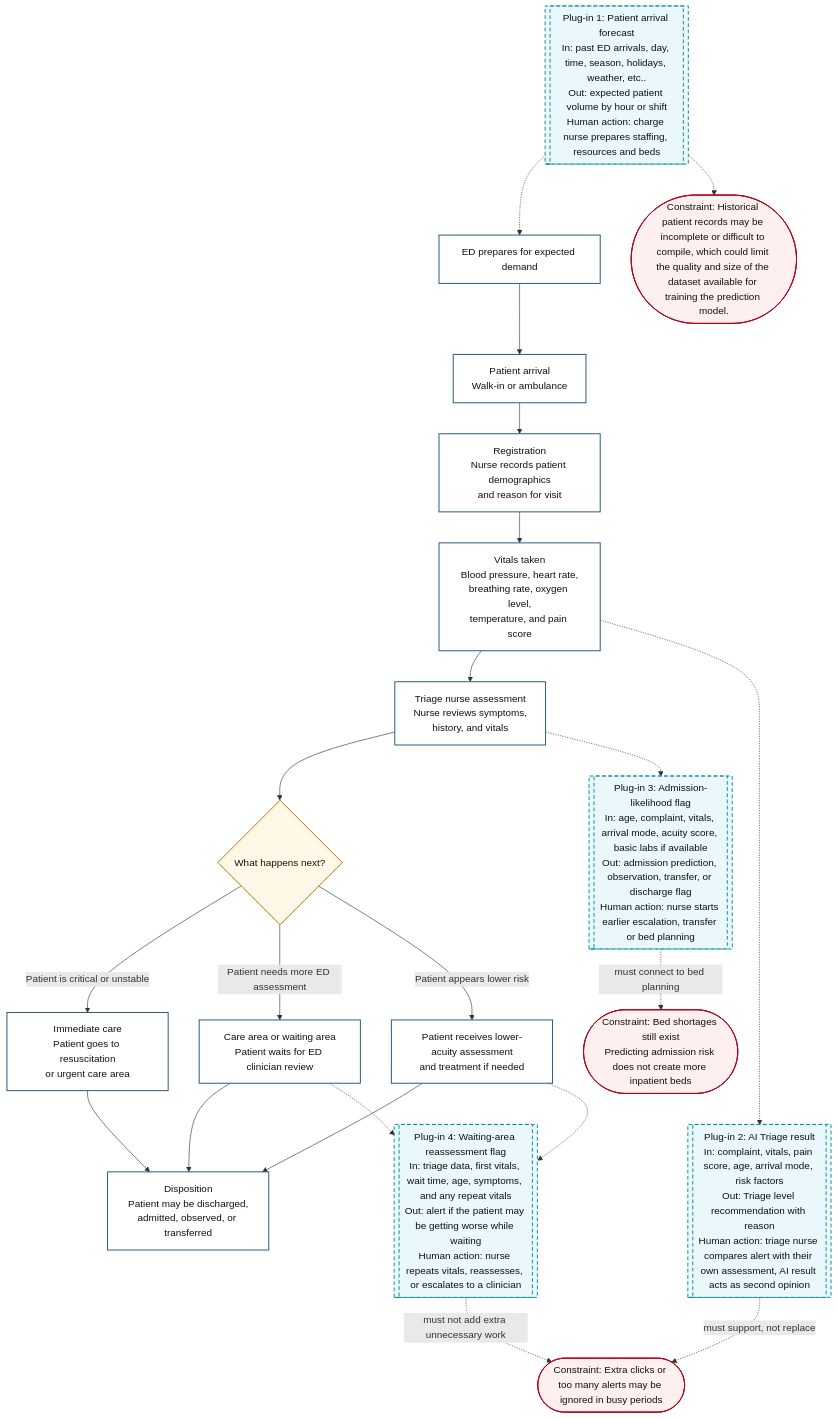
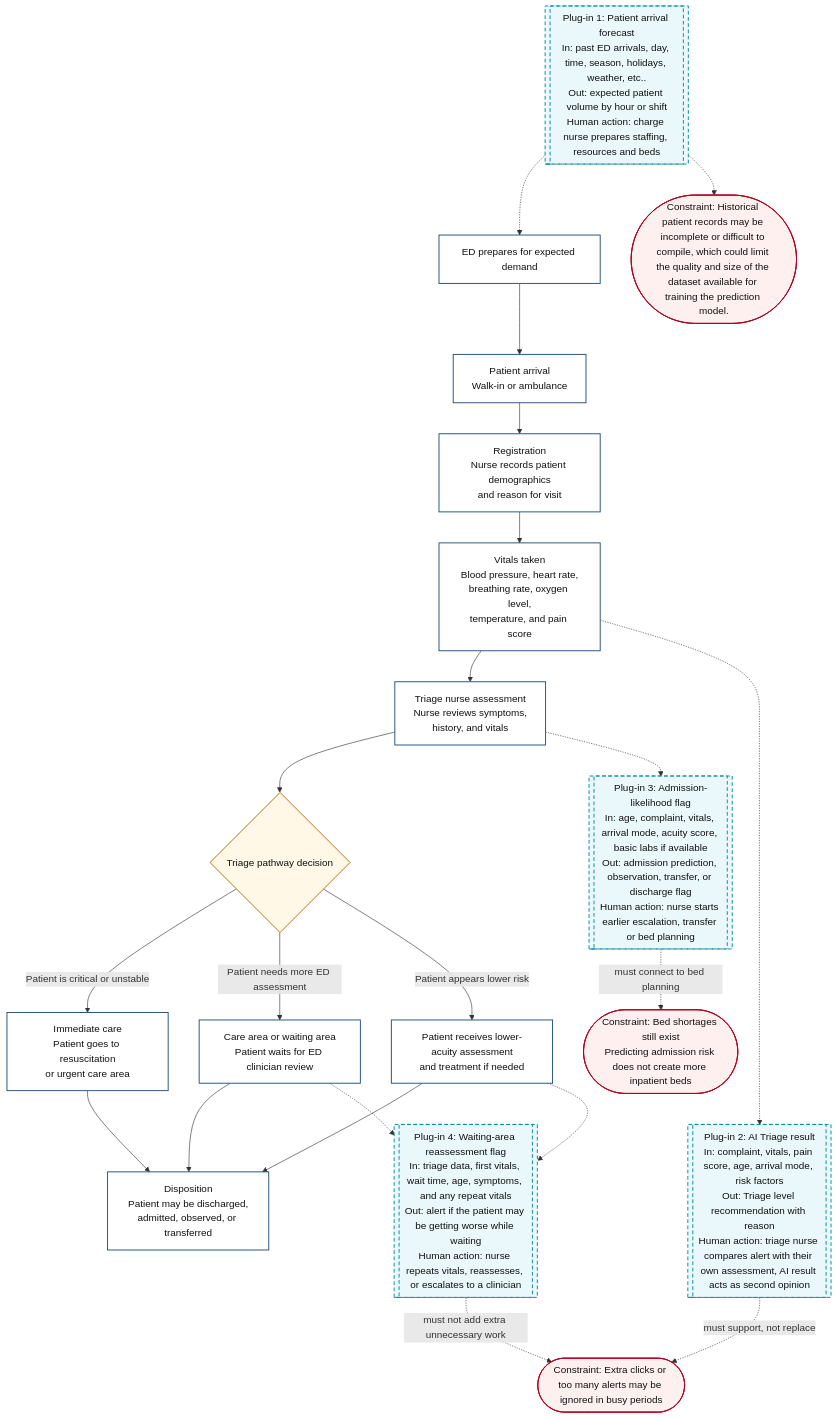
One commit to tinadams/carisurg-portfolio changed the diagram in docs/week_3_workflow_diagram.md. Above: the diagram before and after it, drawn with Mermaid.

Commit message:
Update triage pathway decision wording in diagram

````diff
--- a/docs/week_3_workflow_diagram.md
+++ b/docs/week_3_workflow_diagram.md
@@ -1,61 +1,61 @@
 ```mermaid
 flowchart TD
 
 A[Patient arrival<br/>Walk-in or ambulance] --> B[Registration<br/>Nurse records patient demographics<br/>and reason for visit]
 
 B --> C[Vitals taken<br/>Blood pressure, heart rate,<br/>breathing rate, oxygen level,<br/>temperature, and pain score]
 
 C --> D[Triage nurse assessment<br/>Nurse reviews symptoms,<br/>history, and vitals]
 
-D --> E{What happens next?}
+D --> E{Triage pathway decision}
 
 E -->|Patient is critical or unstable| F[Immediate care<br/>Patient goes to resuscitation<br/>or urgent care area]
 
 E -->|Patient needs more ED assessment| G[Care area or waiting area<br/>Patient waits for ED clinician review]
 
 E -->|Patient appears lower risk| H[Patient receives lower-acuity assessment<br/>and treatment if needed]
 
 H --> I[Disposition<br/>Patient may be discharged,<br/>admitted, observed, or transferred]
 
 F --> I[Disposition<br/>Patient may be discharged,<br/>admitted, observed, or transferred]
 
 G --> I[Disposition<br/>Patient may be discharged,<br/>admitted, observed, or transferred]
 
 AI1[[Plug-in 1: Patient arrival forecast<br/>In: past ED arrivals, day, time, season, holidays, weather, etc..<br/>Out: expected patient volume by hour or shift<br/>Human action: charge nurse prepares staffing, resources and beds]]
 
 AI2[[Plug-in 2: AI Triage result<br/>In: complaint, vitals, pain score, age, arrival mode, risk factors<br/>Out: Triage level recommendation with reason<br/>Human action: triage nurse compares alert with their own assessment, AI result acts as second opinion]]
 
 AI3[[Plug-in 3: Admission-likelihood flag<br/>In: age, complaint, vitals, arrival mode, acuity score, basic labs if available<br/>Out: admission prediction, observation, transfer, or discharge flag<br/>Human action: nurse starts earlier escalation, transfer or bed planning]]
 
 AI4[[Plug-in 4: Waiting-area reassessment flag<br/>In: triage data, first vitals, wait time, age, symptoms, and any repeat vitals<br/>Out: alert if the patient may be getting worse while waiting<br/>Human action: nurse repeats vitals, reassesses, or escalates to a clinician]]
 
 PRE[ED prepares for expected demand]
 
 AI1 -.-> PRE
 PRE --> A
 D -.-> AI3
 C -.-> AI2
 G -.-> AI4
 H -.-> AI4
 
 C1([Constraint: Historical patient records may be incomplete or difficult to compile, which could limit the quality and size of the dataset available for training the prediction model.])
 
 C2([Constraint: Extra clicks or too many alerts may be ignored in busy periods])
 
 C3([Constraint: Bed shortages still exist<br/>Predicting admission risk does not create more inpatient beds])
 
 AI1 -.-> C1
 AI2 -. must support, not replace .-> C2
 AI3 -. must connect to bed planning .-> C3
 AI4 -. must not add extra unnecessary work .-> C2
 
 classDef process fill:#ffffff,stroke:#1f4e79,stroke-width:1.5px,color:#111;
 classDef decision fill:#fff8e6,stroke:#b36b00,stroke-width:1.5px,color:#111;
 classDef ai fill:#eaf7fb,stroke:#008c99,stroke-width:1.5px,stroke-dasharray: 6 4,color:#111;
 classDef constraint fill:#fff0f0,stroke:#b00020,stroke-width:1.5px,color:#111;
 
 class A,B,C,D,F,G,H,I,PRE process;
 class E decision;
 class AI1,AI2,AI3,AI4 ai;
 class C1,C2,C3 constraint;
 ```
````
